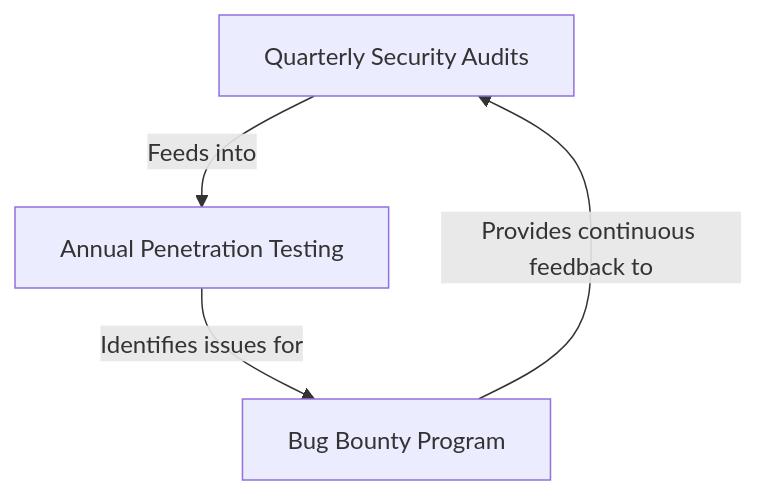
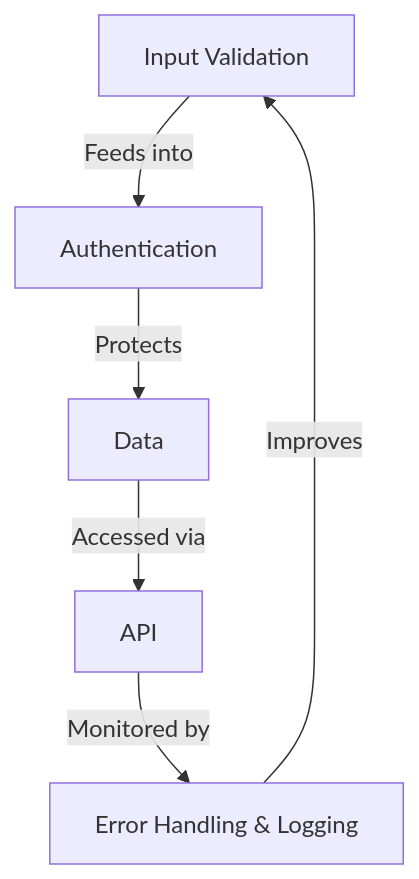
The fourth of 7 diagrams in docs/Security_Audit.md (danbiocchi/oxidizedoasis-websands), drawn with Mermaid before and after one commit. The commit also changed other lines of this file, not shown here.

````diff
--- a/docs/Security_Audit.md
+++ b/docs/Security_Audit.md
@@ -93,6 +266,8 @@
 ```mermaid
 graph TD
-    A[Quarterly Security Audits] -->|Feeds into| B[Annual Penetration Testing]
-    B -->|Identifies issues for| C[Bug Bounty Program]
-    C -->|Provides continuous feedback to| A
+    A[Input Validation] -->|Feeds into| B[Authentication]
+    B -->|Protects| C[Data]
+    C -->|Accessed via| D[API]
+    D -->|Monitored by| E[Error Handling & Logging]
+    E -->|Improves| A
 ```
````
